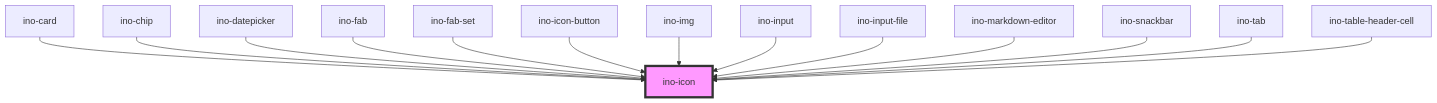
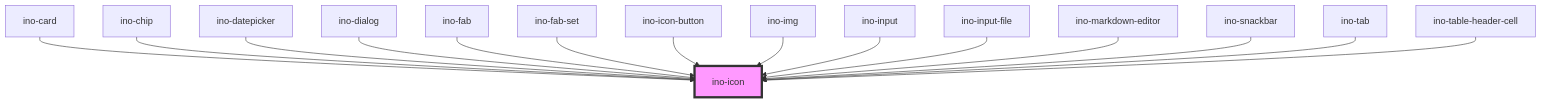
One commit to inovex/elements changed the diagram in packages/elements/src/components/ino-icon/readme.md. Above: the diagram before and after it, drawn with Mermaid. The commit also changed other lines of this file and 8 other files, not shown here.

Commit message:
refactor(elements|ino-dialog): add icon

````diff
--- a/packages/elements/src/components/ino-icon/readme.md
+++ b/packages/elements/src/components/ino-icon/readme.md
@@ -139,17 +140,18 @@
 ```mermaid
 graph TD;
   ino-card --> ino-icon
   ino-chip --> ino-icon
   ino-datepicker --> ino-icon
+  ino-dialog --> ino-icon
   ino-fab --> ino-icon
   ino-fab-set --> ino-icon
   ino-icon-button --> ino-icon
   ino-img --> ino-icon
   ino-input --> ino-icon
   ino-input-file --> ino-icon
   ino-markdown-editor --> ino-icon
   ino-snackbar --> ino-icon
   ino-tab --> ino-icon
   ino-table-header-cell --> ino-icon
   style ino-icon fill:#f9f,stroke:#333,stroke-width:4px
 ```
````
